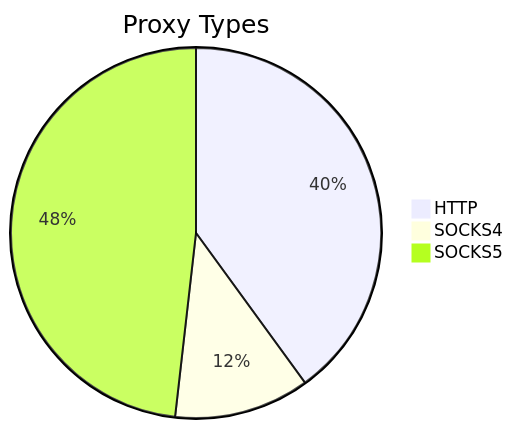
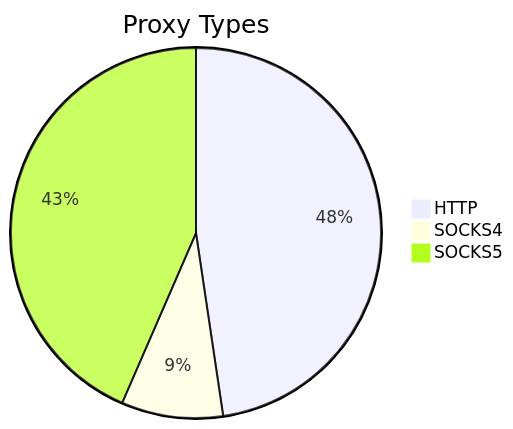
Before and after one commit to stormsia/proxy-list: the first of 2 diagrams in README.md, drawn with Mermaid. The commit also changed other lines of this file, not shown here.

````diff
--- a/README.md
+++ b/README.md
@@ -21,6 +21,6 @@
 ```mermaid
 pie title Proxy Types
-    "HTTP" : 443
-    "SOCKS4" : 131
-    "SOCKS5" : 534
+    "HTTP" : 365
+    "SOCKS4" : 68
+    "SOCKS5" : 333
 ```
````
